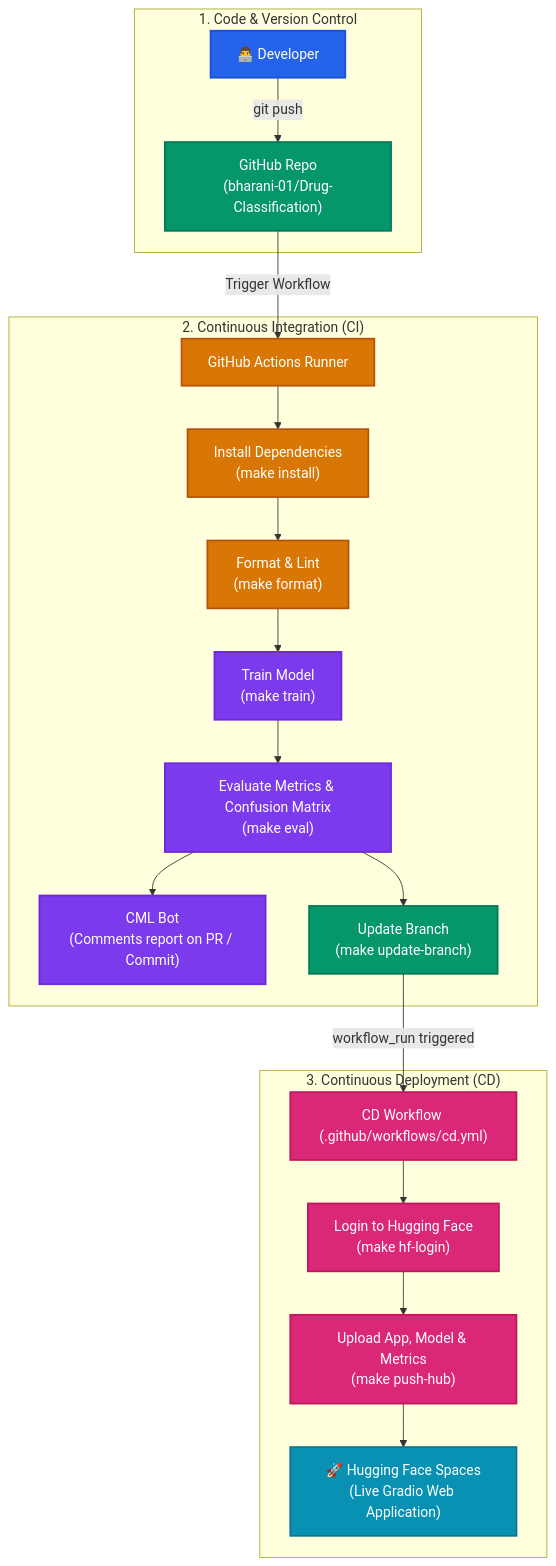
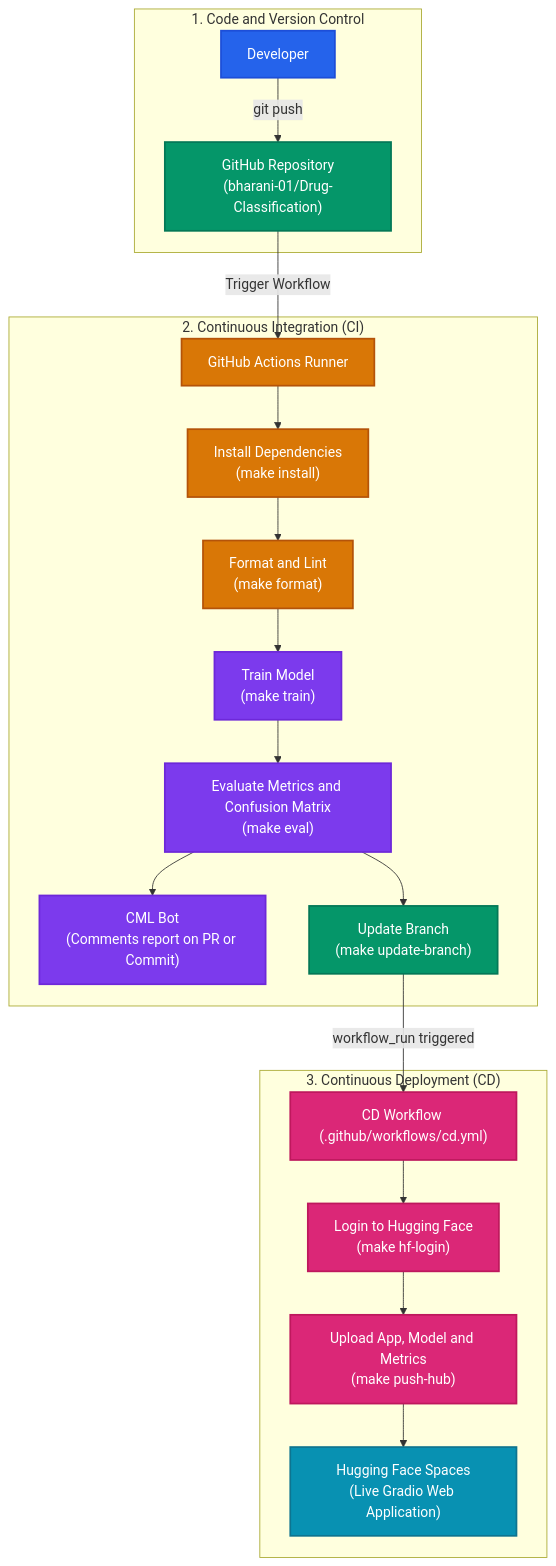
One commit to bharani-01/Drug-Classification changed the diagram in README.md. Above: the diagram before and after it, drawn with Mermaid. The commit also changed other lines of this file and 1 other file, not shown here.

Commit message:
Remove all emojis from repository documentation and configs

````diff
--- a/README.md
+++ b/README.md
@@ -13,31 +13,31 @@
 ```mermaid
 flowchart TD
     %% Node Styling
     classDef dev fill:#2563eb,stroke:#1d4ed8,stroke-width:2px,color:#fff;
     classDef git fill:#059669,stroke:#047857,stroke-width:2px,color:#fff;
     classDef ci fill:#d97706,stroke:#b45309,stroke-width:2px,color:#fff;
     classDef eval fill:#7c3aed,stroke:#6d28d9,stroke-width:2px,color:#fff;
     classDef cd fill:#db2777,stroke:#be185d,stroke-width:2px,color:#fff;
     classDef prod fill:#0891b2,stroke:#0e7490,stroke-width:2px,color:#fff;
 
-    subgraph S1["1. Code & Version Control"]
-        DEV["👨‍💻 Developer"]:::dev -->|"git push"| GITHUB["GitHub Repo<br/>(bharani-01/Drug-Classification)"]:::git
+    subgraph S1["1. Code and Version Control"]
+        DEV["Developer"]:::dev -->|"git push"| GITHUB["GitHub Repository<br/>(bharani-01/Drug-Classification)"]:::git
     end
 
     subgraph S2["2. Continuous Integration (CI)"]
         GITHUB -->|"Trigger Workflow"| GHA["GitHub Actions Runner"]:::ci
         GHA --> DEPS["Install Dependencies<br/>(make install)"]:::ci
-        DEPS --> LINT["Format & Lint<br/>(make format)"]:::ci
+        DEPS --> LINT["Format and Lint<br/>(make format)"]:::ci
         LINT --> TRAIN["Train Model<br/>(make train)"]:::eval
-        TRAIN --> EVAL["Evaluate Metrics & Confusion Matrix<br/>(make eval)"]:::eval
-        EVAL --> CML["CML Bot<br/>(Comments report on PR / Commit)"]:::eval
+        TRAIN --> EVAL["Evaluate Metrics and Confusion Matrix<br/>(make eval)"]:::eval
+        EVAL --> CML["CML Bot<br/>(Comments report on PR or Commit)"]:::eval
         EVAL --> UPDATE["Update Branch<br/>(make update-branch)"]:::git
     end
 
     subgraph S3["3. Continuous Deployment (CD)"]
         UPDATE -->|"workflow_run triggered"| CD["CD Workflow (.github/workflows/cd.yml)"]:::cd
         CD --> HF_LOGIN["Login to Hugging Face<br/>(make hf-login)"]:::cd
-        HF_LOGIN --> SYNC["Upload App, Model & Metrics<br/>(make push-hub)"]:::cd
-        SYNC --> HF["🚀 Hugging Face Spaces<br/>(Live Gradio Web Application)"]:::prod
+        HF_LOGIN --> SYNC["Upload App, Model and Metrics<br/>(make push-hub)"]:::cd
+        SYNC --> HF["Hugging Face Spaces<br/>(Live Gradio Web Application)"]:::prod
     end
 ```
````
